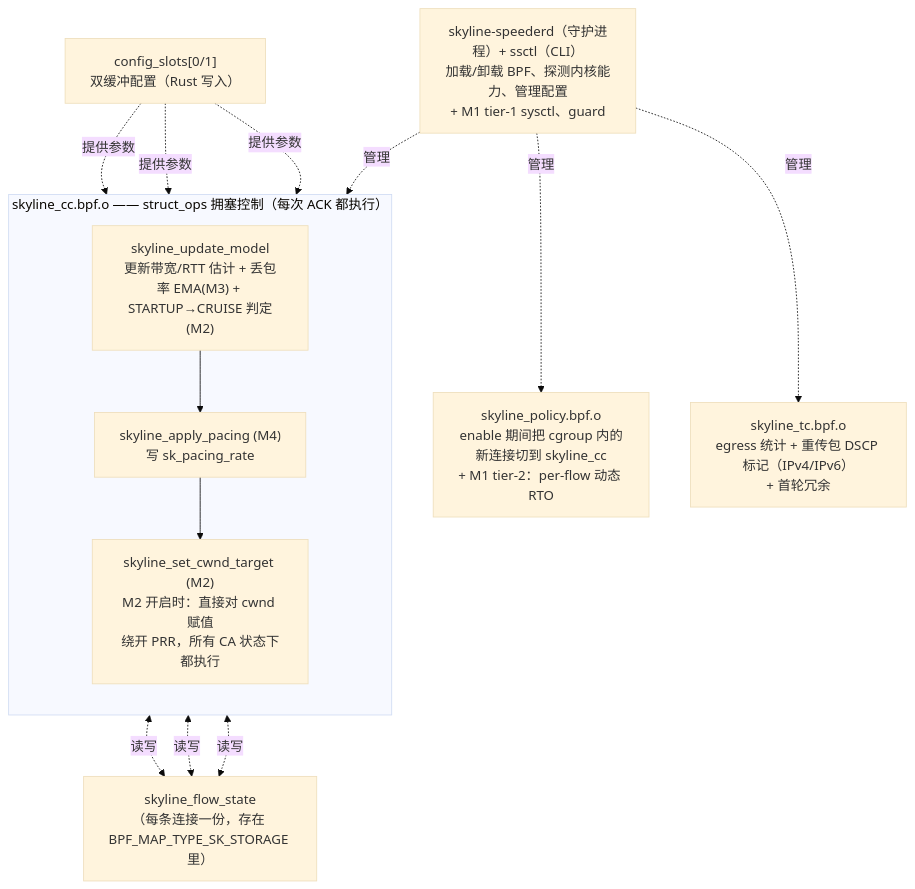
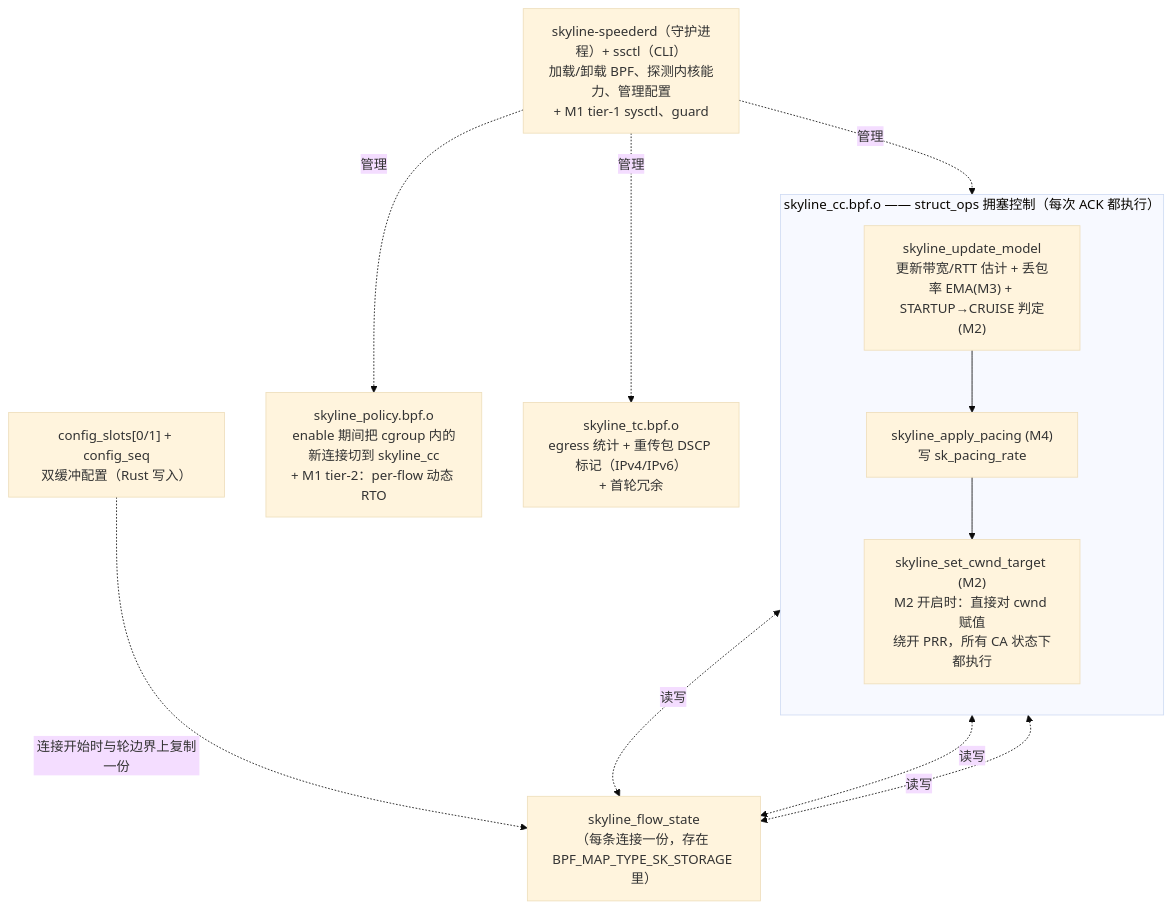
Before and after one commit to CYBERVERSE-Research/skyline-speeder: the first of 2 diagrams in docs/03-design.md, drawn with Mermaid (base theme). The commit also changed other lines of this file and 19 other files, not shown here.

First line of the commit message:
Count the guardrail and the cwnd cap apart, keep each flow on one configuration per round, refuse unknown configuration keys, and prepare 0.5.0 (#27)

````diff
--- a/docs/03-design.md
+++ b/docs/03-design.md
@@ -29,27 +29,25 @@
 ```mermaid
 flowchart TB
     subgraph CC["skyline_cc.bpf.o —— struct_ops 拥塞控制（每次 ACK 都执行）"]
         direction TB
         UM["skyline_update_model<br/>更新带宽/RTT 估计 + 丢包率 EMA(M3) + STARTUP→CRUISE 判定(M2)"]
         PACE["skyline_apply_pacing (M4)<br/>写 sk_pacing_rate"]
         TARGET["skyline_set_cwnd_target (M2)<br/>M2 开启时：直接对 cwnd 赋值<br/>绕开 PRR，所有 CA 状态下都执行"]
         UM --> PACE --> TARGET
     end
     FLOW["skyline_flow_state<br/>（每条连接一份，存在 BPF_MAP_TYPE_SK_STORAGE 里）"]
     UM <-.读写.-> FLOW
     PACE <-.读写.-> FLOW
     TARGET <-.读写.-> FLOW
 
     POLICY["skyline_policy.bpf.o<br/>enable 期间把 cgroup 内的新连接切到 skyline_cc<br/>+ M1 tier-2：per-flow 动态 RTO"]
     TC["skyline_tc.bpf.o<br/>egress 统计 + 重传包 DSCP 标记（IPv4/IPv6）<br/>+ 首轮冗余"]
 
-    CFG["config_slots[0/1]<br/>双缓冲配置（Rust 写入）"]
-    CFG -.提供参数.-> UM
-    CFG -.提供参数.-> PACE
-    CFG -.提供参数.-> TARGET
+    CFG["config_slots[0/1] + config_seq<br/>双缓冲配置（Rust 写入）"]
+    CFG -.连接开始时与轮边界上复制一份.-> FLOW
 
     RUST["skyline-speederd（守护进程）+ ssctl（CLI）<br/>加载/卸载 BPF、探测内核能力、管理配置<br/>+ M1 tier-1 sysctl、guard"]
     RUST -.管理.-> CC
     RUST -.管理.-> POLICY
     RUST -.管理.-> TC
 ```
````
